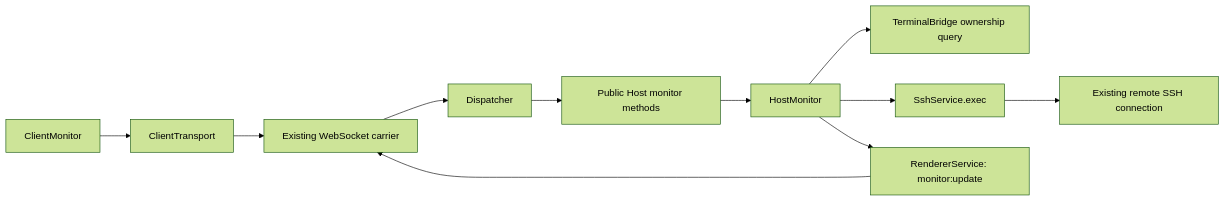
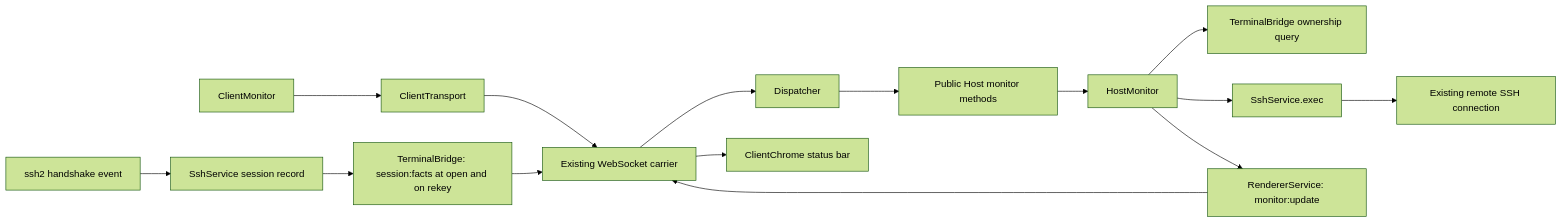
One commit to puremixai/pureterm changed the diagram in docs/superpowers/specs/2026-09-26-session-monitoring-design.md. Above: the diagram before and after it, drawn with Mermaid (forest theme). The commit also changed other lines of this file and 3 other files, not shown here.

````diff
--- a/docs/superpowers/specs/2026-09-26-session-monitoring-design.md
+++ b/docs/superpowers/specs/2026-09-26-session-monitoring-design.md
@@ -34,13 +38,17 @@
 ```mermaid
 flowchart LR
   UI[ClientMonitor] --> CT[ClientTransport]
   CT --> WS[Existing WebSocket carrier]
   WS --> D[Dispatcher]
   D --> H[Public Host monitor methods]
   H --> M[HostMonitor]
   M --> T[TerminalBridge ownership query]
   M --> S[SshService.exec]
   S --> R[Existing remote SSH connection]
   M --> B[RendererService: monitor:update]
   B --> WS
+  HS[ssh2 handshake event] --> S2[SshService session record]
+  S2 --> TB[TerminalBridge: session:facts at open and on rekey]
+  TB --> WS
+  WS --> CC[ClientChrome status bar]
 ```
````
